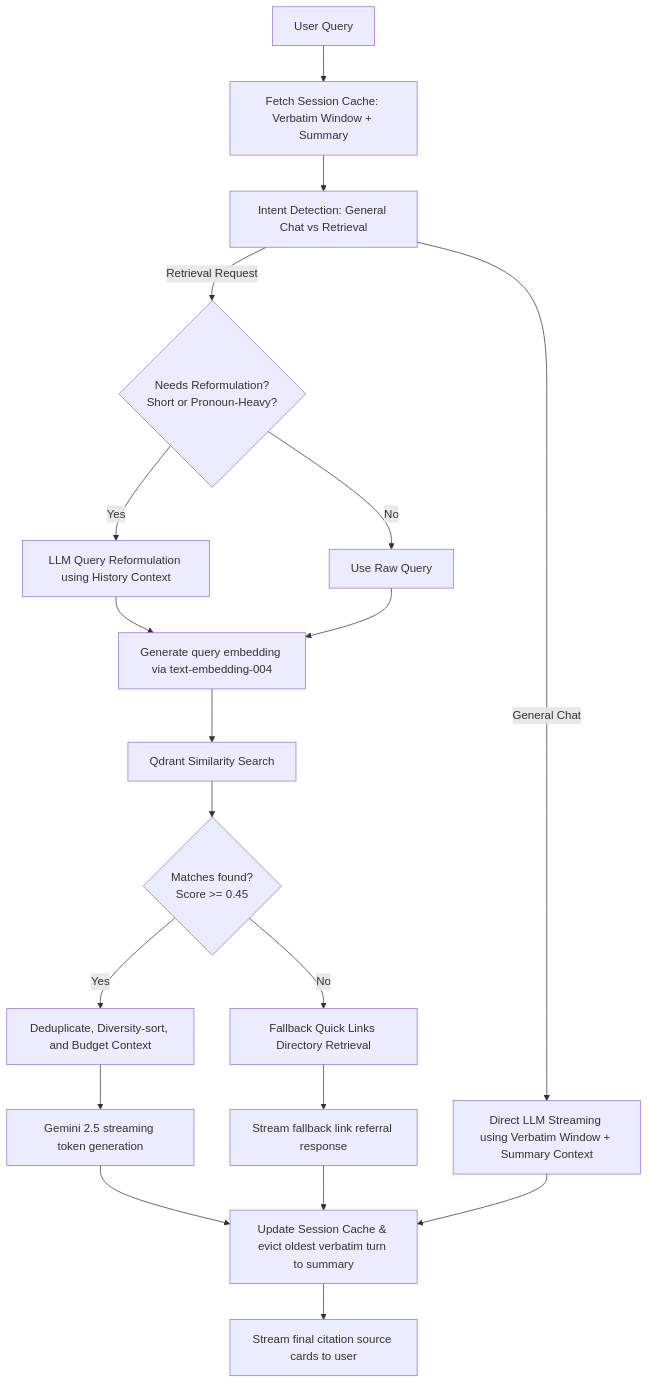
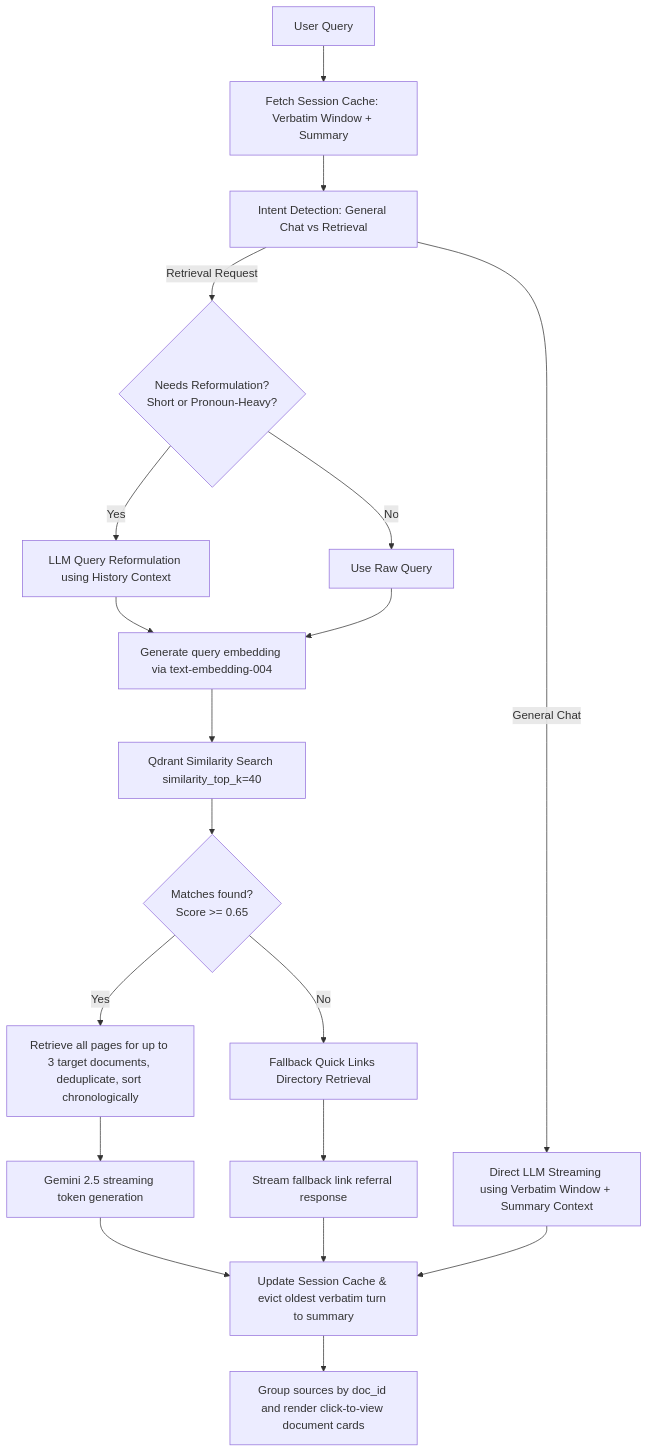
One commit to piyushkeshri8912/GN-Saarthi changed the diagram in README.md. Above: the diagram before and after it, drawn with Mermaid. The commit also changed other lines of this file and 11 other files, not shown here.

````diff
--- a/README.md
+++ b/README.md
@@ -39,28 +55,28 @@
 ```mermaid
 graph TD
     A[User Query] --> B[Fetch Session Cache: Verbatim Window + Summary]
     B --> C[Intent Detection: General Chat vs Retrieval]
     
     C -- General Chat --> D[Direct LLM Streaming using Verbatim Window + Summary Context]
     C -- Retrieval Request --> E{Needs Reformulation? <br>Short or Pronoun-Heavy?}
     
     E -- Yes --> F[LLM Query Reformulation using History Context]
     E -- No --> G[Use Raw Query]
     
     F --> H[Generate query embedding via text-embedding-004]
     G --> H
     
-    H --> I[Qdrant Similarity Search]
-    I --> J{Matches found? <br>Score >= 0.45}
+    H --> I[Qdrant Similarity Search similarity_top_k=40]
+    I --> J{Matches found? <br>Score >= 0.65}
     
-    J -- Yes --> K[Deduplicate, Diversity-sort, and Budget Context]
+    J -- Yes --> K[Retrieve all pages for up to 3 target documents, deduplicate, sort chronologically]
     J -- No --> L[Fallback Quick Links Directory Retrieval]
     
     K --> M[Gemini 2.5 streaming token generation]
     L --> N[Stream fallback link referral response]
     
     M --> O[Update Session Cache & evict oldest verbatim turn to summary]
     N --> O
     D --> O
-    O --> P[Stream final citation source cards to user]
+    O --> P[Group sources by doc_id and render click-to-view document cards]
 ```
````
